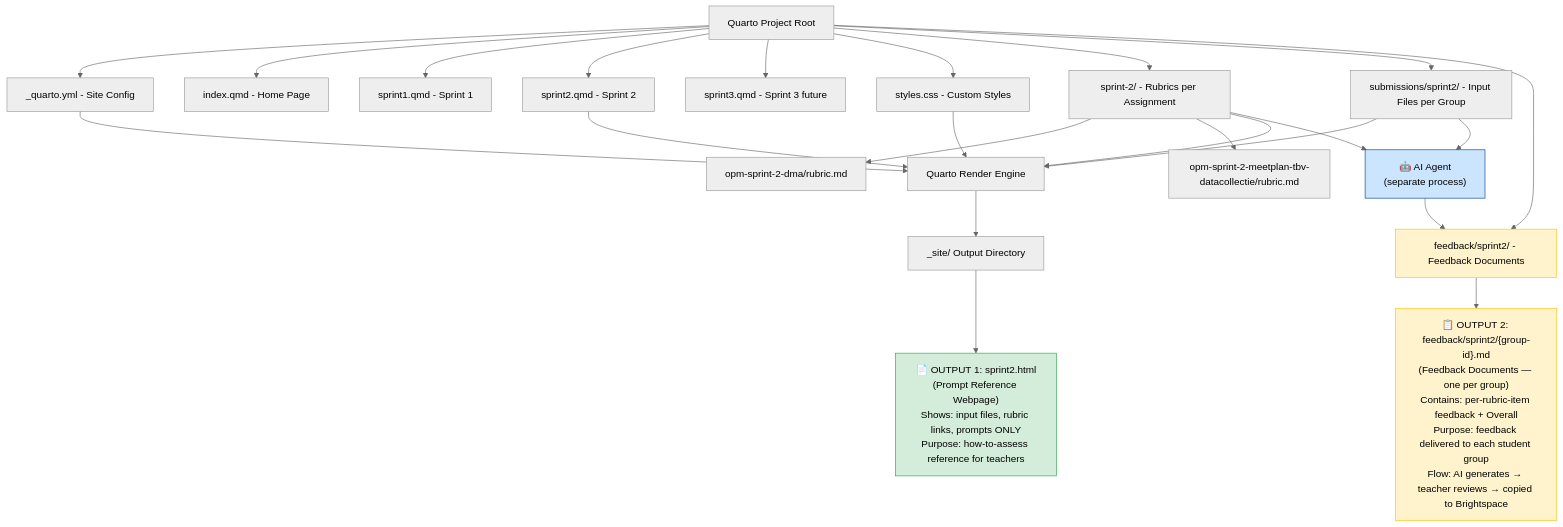
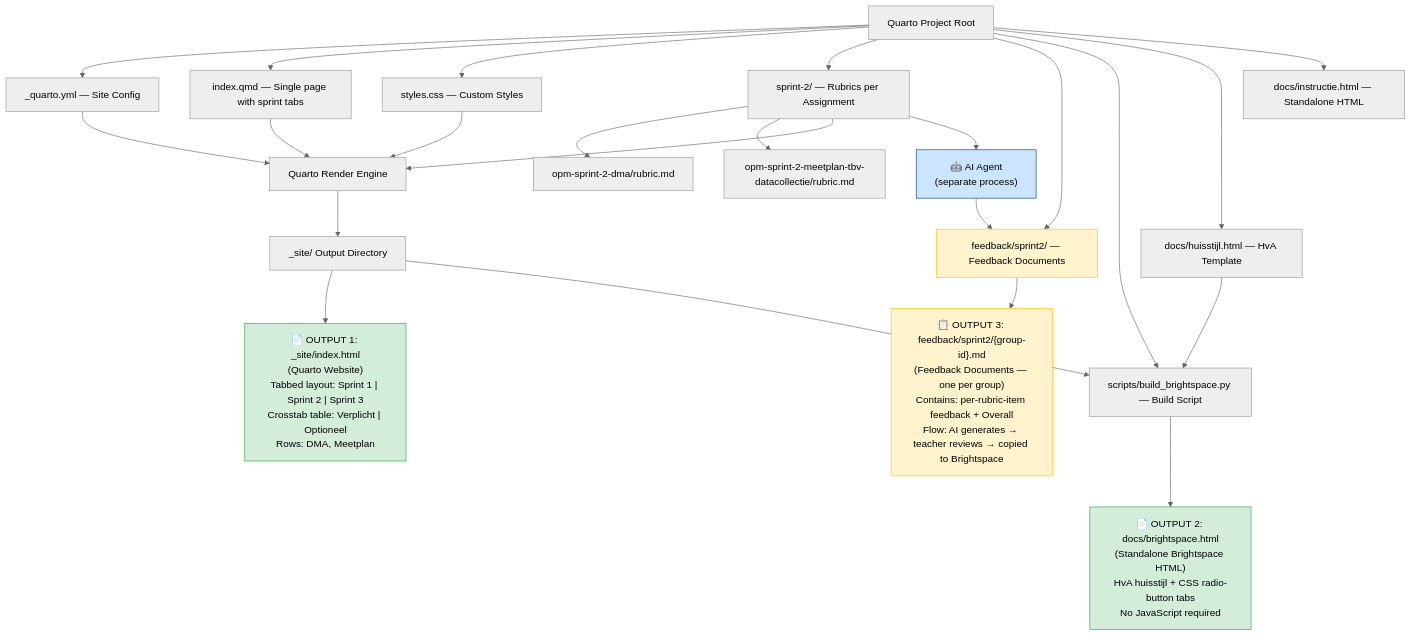
The first of 2 diagrams in opm/.kiro/specs/opm-sprint2-webpage/design.md (jan-ru/hva-tools), drawn with Mermaid (neutral theme) before and after one commit. The commit also changed other lines of this file and 12 other files, not shown here.

First line of the commit message:
Refactor: single page with sprint tabs, crosstab table, HvA Brightspace integration

````diff
--- a/opm/.kiro/specs/opm-sprint2-webpage/design.md
+++ b/opm/.kiro/specs/opm-sprint2-webpage/design.md
@@ -17,33 +23,35 @@
 ```mermaid
 graph TD
-    A[Quarto Project Root] --> B[_quarto.yml - Site Config]
-    A --> C[index.qmd - Home Page]
-    A --> D[sprint1.qmd - Sprint 1]
-    A --> E[sprint2.qmd - Sprint 2]
-    A --> F[sprint3.qmd - Sprint 3 future]
-    A --> G[styles.css - Custom Styles]
-    A --> H[sprint-2/ - Rubrics per Assignment]
-    A --> I[submissions/sprint2/ - Input Files per Group]
-    A --> FD[feedback/sprint2/ - Feedback Documents]
+    A[Quarto Project Root] --> B["_quarto.yml — Site Config"]
+    A --> C["index.qmd — Single page with sprint tabs"]
+    A --> G[styles.css — Custom Styles]
+    A --> H["sprint-2/ — Rubrics per Assignment"]
+    A --> FD["feedback/sprint2/ — Feedback Documents"]
+    A --> SC["scripts/build_brightspace.py — Build Script"]
+    A --> HU["docs/huisstijl.html — HvA Template"]
+    A --> DI["docs/instructie.html — Standalone HTML"]
 
     H --> H1[opm-sprint-2-dma/rubric.md]
     H --> H2[opm-sprint-2-meetplan-tbv-datacollectie/rubric.md]
 
     B --> J[Quarto Render Engine]
-    E --> J
+    C --> J
     G --> J
     H --> J
-    I --> J
-    J --> K[_site/ Output Directory]
-    K --> L["📄 OUTPUT 1: sprint2.html\n(Prompt Reference Webpage)\nShows: input files, rubric links, prompts ONLY\nPurpose: how-to-assess reference for teachers"]
+    J --> K["_site/ Output Directory"]
+    K --> L["📄 OUTPUT 1: _site/index.html\n(Quarto Website)\nTabbed layout: Sprint 1 | Sprint 2 | Sprint 3\nCrosstab table: Verplicht | Optioneel\nRows: DMA, Meetplan"]
 
-    I --> AI["🤖 AI Agent\n(separate process)"]
-    H --> AI
+    K --> SC
+    HU --> SC
+    SC --> BS["📄 OUTPUT 2: docs/brightspace.html\n(Standalone Brightspace HTML)\nHvA huisstijl + CSS radio-button tabs\nNo JavaScript required"]
+
+    H --> AI["🤖 AI Agent\n(separate process)"]
     AI --> FD
-    FD --> FB["📋 OUTPUT 2: feedback/sprint2/{group-id}.md\n(Feedback Documents — one per group)\nContains: per-rubric-item feedback + Overall\nPurpose: feedback delivered to each student group\nFlow: AI generates → teacher reviews → copied to Brightspace"]
+    FD --> FB["📋 OUTPUT 3: feedback/sprint2/{group-id}.md\n(Feedback Documents — one per group)\nContains: per-rubric-item feedback + Overall\nFlow: AI generates → teacher reviews → copied to Brightspace"]
 
     style L fill:#d4edda,stroke:#28a745
+    style BS fill:#d4edda,stroke:#28a745
     style FB fill:#fff3cd,stroke:#ffc107
     style AI fill:#cce5ff,stroke:#004085
     style FD fill:#fff3cd,stroke:#ffc107
 ```
````
